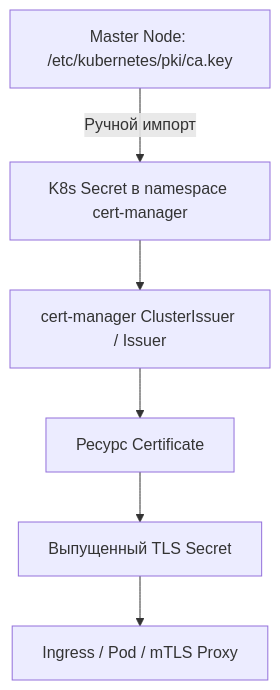
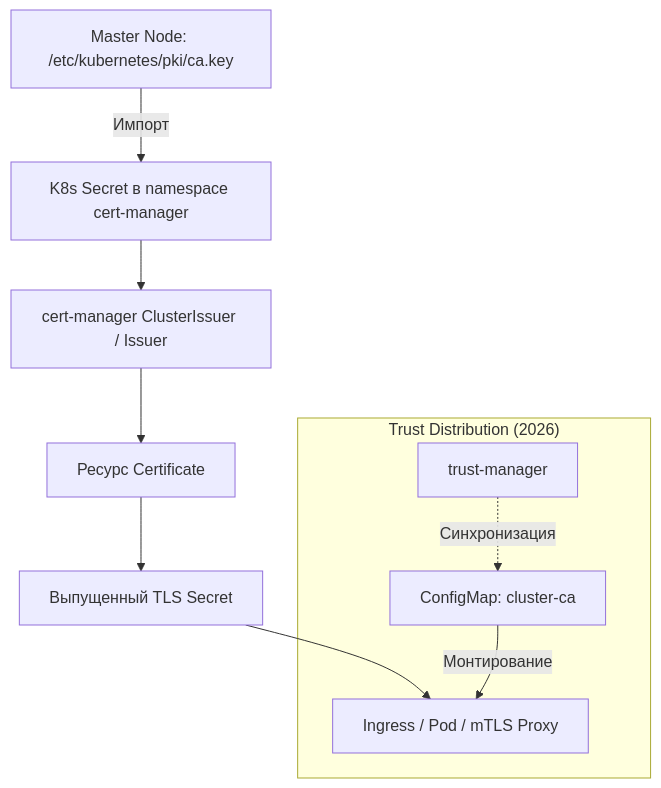
The diagram in Kubernetes/ToolsUtilities/cert_manager/cluster_ca.md (37signalsS/notes), drawn with Mermaid before and after one commit. The commit also changed other lines of this file and 770 other files, not shown here.

````diff
--- a/Kubernetes/ToolsUtilities/cert_manager/cluster_ca.md
+++ b/Kubernetes/ToolsUtilities/cert_manager/cluster_ca.md
@@ -33,8 +43,13 @@
 ```mermaid
 graph TD
-    A[Master Node: /etc/kubernetes/pki/ca.key] -->|Ручной импорт| B[K8s Secret в namespace cert-manager]
+    A[Master Node: /etc/kubernetes/pki/ca.key] -->|Импорт| B[K8s Secret в namespace cert-manager]
     B --> C[cert-manager ClusterIssuer / Issuer]
     C --> D[Ресурс Certificate]
     D --> E[Выпущенный TLS Secret]
     E --> F[Ingress / Pod / mTLS Proxy]
+    
+    subgraph "Trust Distribution (2026)"
+    G[trust-manager] -.->|Синхронизация| H[ConfigMap: cluster-ca]
+    H -->|Монтирование| F
+    end
 ```
````
